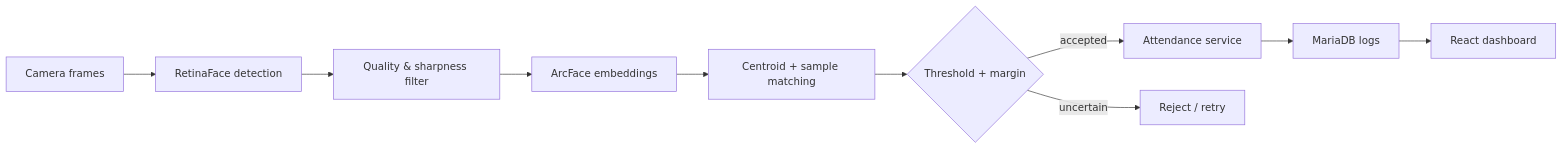
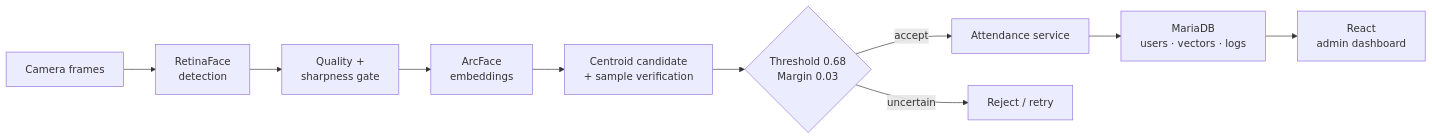
One commit to yoon-chan-hyeok/face-attendance-system changed the diagram in README.md. Above: the diagram before and after it, drawn with Mermaid. The commit also changed other lines of this file, not shown here.

````diff
--- a/README.md
+++ b/README.md
@@ -34,12 +51,12 @@
 ```mermaid
 flowchart LR
-    C["Camera frames"] --> D["RetinaFace detection"]
-    D --> Q["Quality & sharpness filter"]
-    Q --> E["ArcFace embeddings"]
-    E --> M["Centroid + sample matching"]
-    M --> G{"Threshold + margin"}
-    G -->|accepted| A["Attendance service"]
+    C["Camera frames"] --> D["RetinaFace<br/>detection"]
+    D --> Q["Quality +<br/>sharpness gate"]
+    Q --> E["ArcFace<br/>embeddings"]
+    E --> M["Centroid candidate<br/>+ sample verification"]
+    M --> G{"Threshold 0.68<br/>Margin 0.03"}
+    G -->|accept| A["Attendance service"]
     G -->|uncertain| R["Reject / retry"]
-    A --> DB["MariaDB logs"]
-    DB --> UI["React dashboard"]
+    A --> DB["MariaDB<br/>users · vectors · logs"]
+    DB --> UI["React<br/>admin dashboard"]
 ```
````
